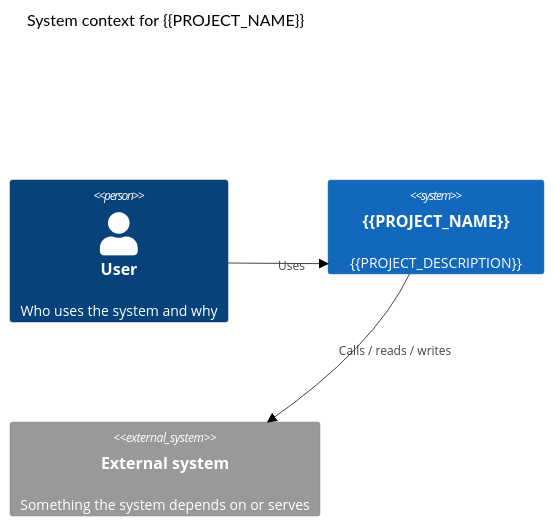
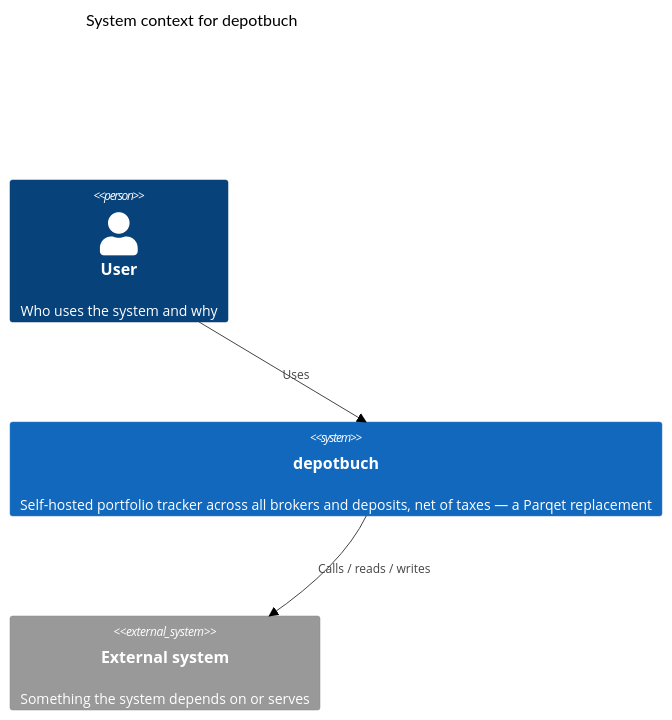
Before and after one commit to Ralphovi/depotbuch: the diagram in docs/design/architecture/diagrams/c4-context.mermaid, drawn with Mermaid (neutral theme). The commit also changed 48 other files, not shown here.

```diff
--- a/docs/design/architecture/diagrams/c4-context.mermaid
+++ b/docs/design/architecture/diagrams/c4-context.mermaid
@@ -1,11 +1,11 @@
 %% C4 level 1: the system and who or what it talks to (architecture §3).
 %% Replace the placeholder people and systems with the real ones.
 C4Context
-  title System context for {{PROJECT_NAME}}
+  title System context for depotbuch
 
   Person(user, "User", "Who uses the system and why")
-  System(system, "{{PROJECT_NAME}}", "{{PROJECT_DESCRIPTION}}")
+  System(system, "depotbuch", "Self-hosted portfolio tracker across all brokers and deposits, net of taxes — a Parqet replacement")
   System_Ext(external, "External system", "Something the system depends on or serves")
 
   Rel(user, system, "Uses")
   Rel(system, external, "Calls / reads / writes")
```
